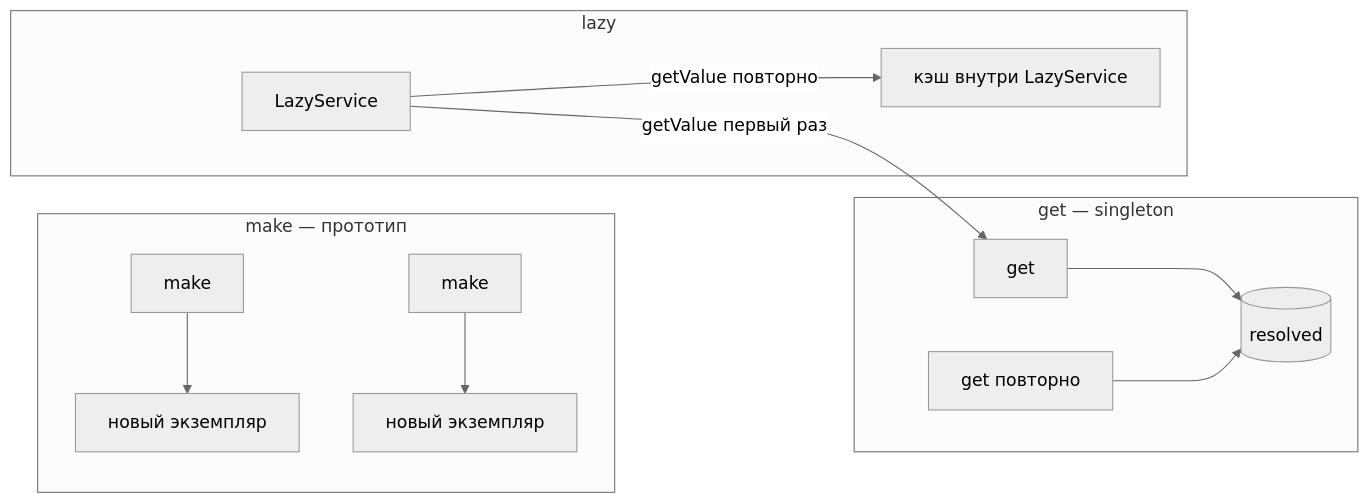
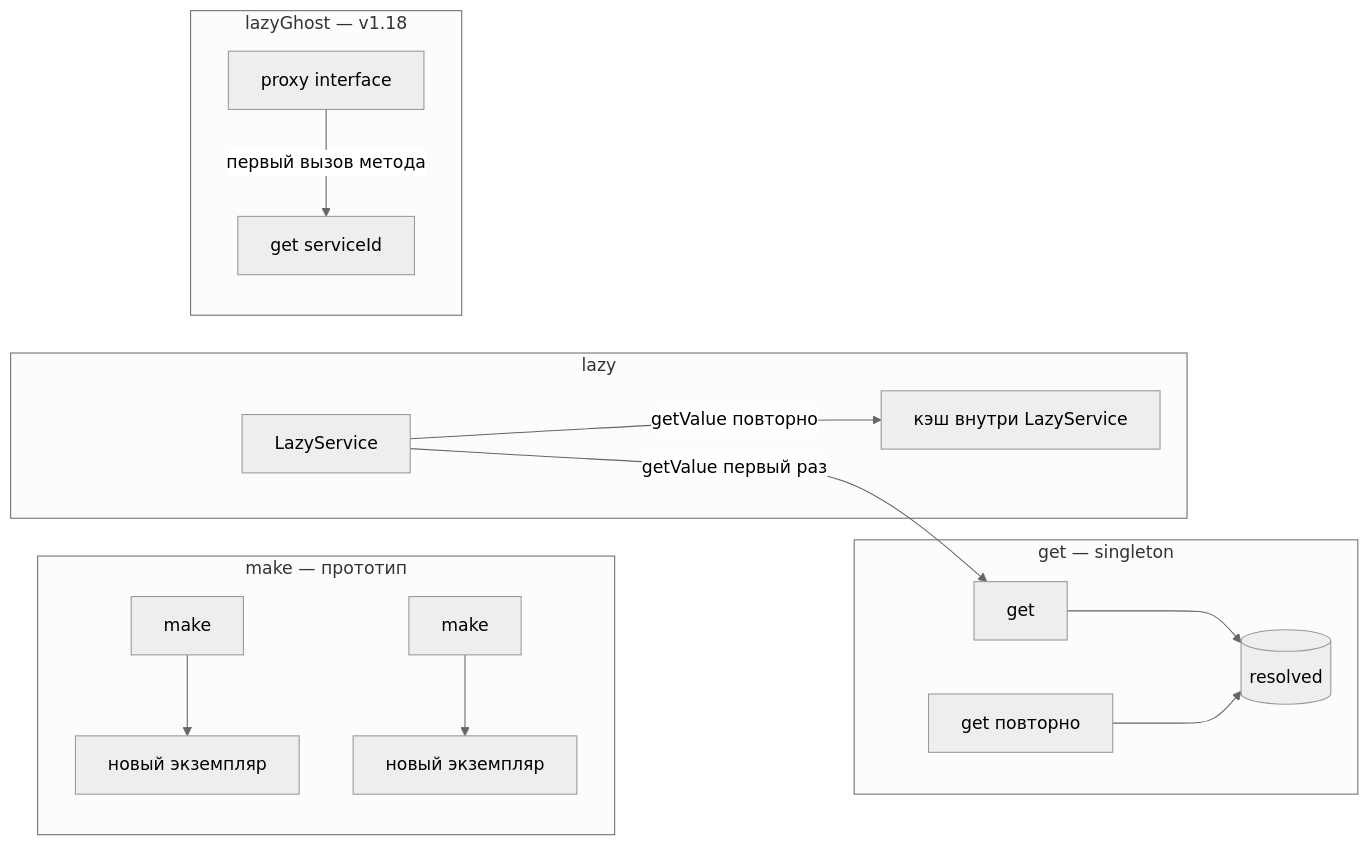
The diagram in wiki/Prototypes-alias-lazy.md (cloudcastle-apps/di), drawn with Mermaid (neutral theme) before and after one commit. The commit also changed other lines of this file and 38 other files, not shown here.

First line of the commit message:
feat: lazy ghost proxy для interface (#34)

````diff
--- a/wiki/Prototypes-alias-lazy.md
+++ b/wiki/Prototypes-alias-lazy.md
@@ -20,17 +21,21 @@
 ```mermaid
 flowchart LR
     subgraph singleton [get — singleton]
         G1[get] --> R[(resolved)]
         G2[get повторно] --> R
     end
 
     subgraph prototype [make — прототип]
         M1[make] --> New1[новый экземпляр]
         M2[make] --> New2[новый экземпляр]
     end
 
     subgraph lazyPath [lazy]
         L[LazyService] -->|getValue первый раз| G1
         L -->|getValue повторно| Inner[кэш внутри LazyService]
     end
+
+    subgraph ghostPath [lazyGhost — v1.18]
+        P[proxy interface] -->|первый вызов метода| G3[get serviceId]
+    end
 ```
````
